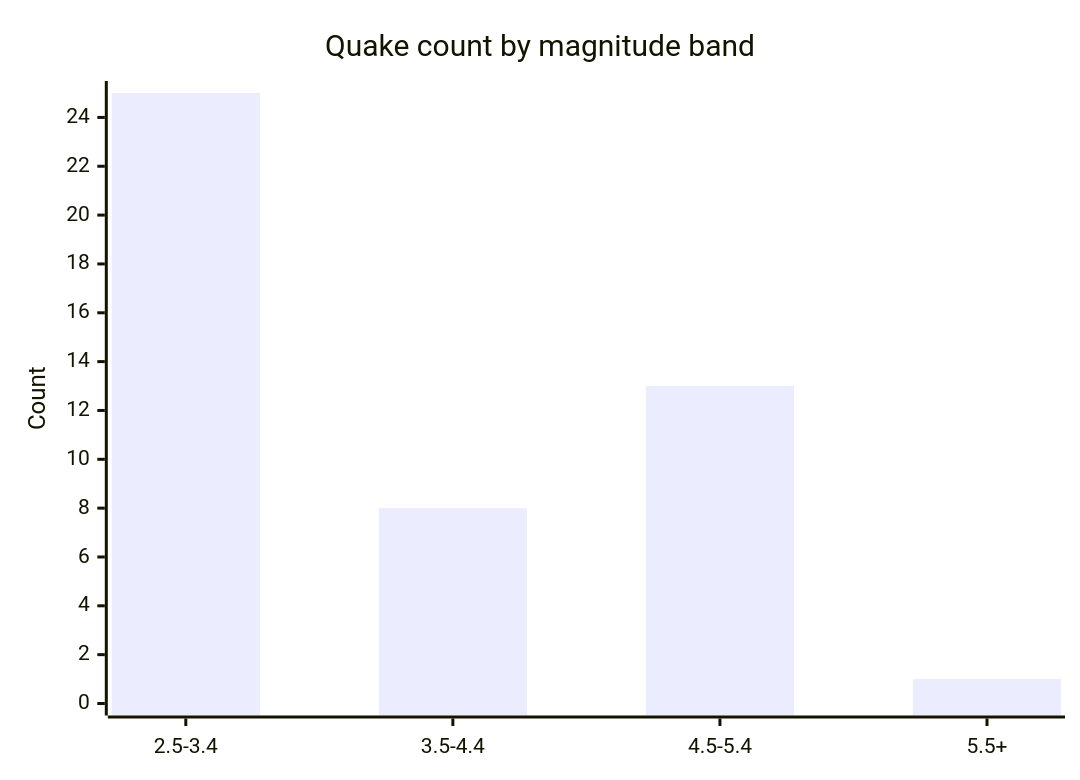
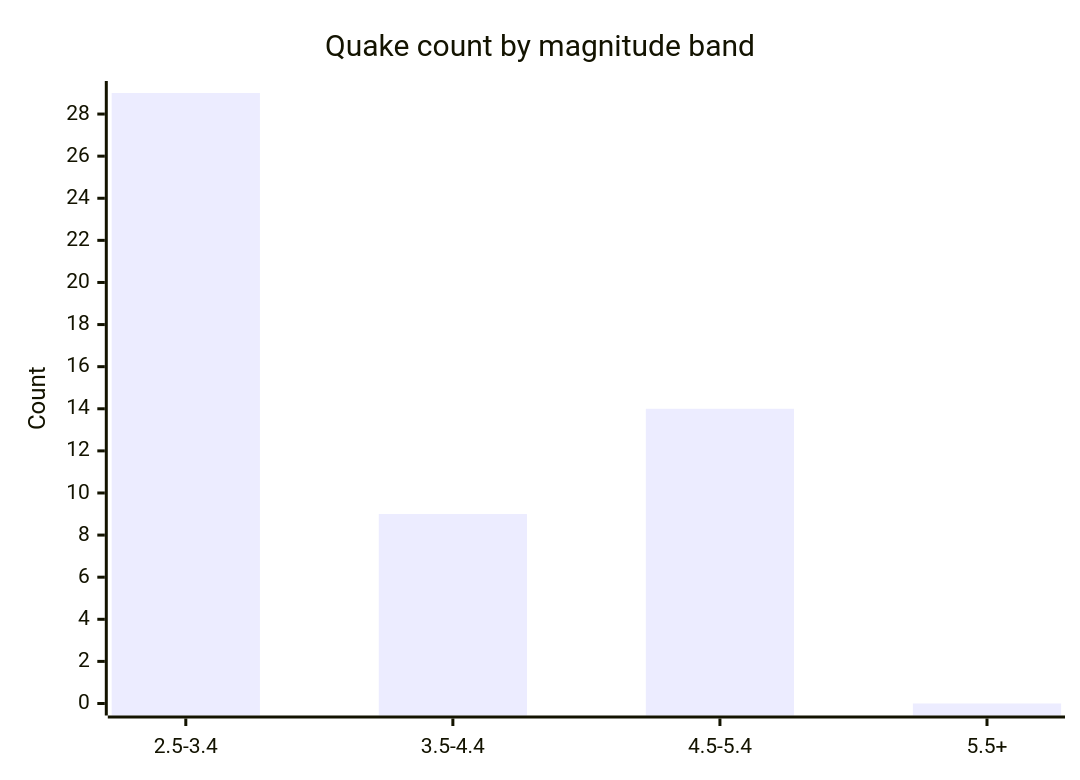
Before and after one commit to Midwest-Stratospheric/aerostratospheric-defense-gir: the fifth of 6 diagrams in docs/GRAPHS.md, drawn with Mermaid. The commit also changed other lines of this file and 23 other files, not shown here.

````diff
--- a/docs/GRAPHS.md
+++ b/docs/GRAPHS.md
@@ -82,7 +82,7 @@
 ```mermaid
 xychart-beta
   title "Quake count by magnitude band"
   x-axis ["2.5-3.4", "3.5-4.4", "4.5-5.4", "5.5+"]
-  y-axis "Count" 0 --> 25
-  bar [25, 8, 13, 1]
+  y-axis "Count" 0 --> 29
+  bar [29, 9, 14, 0]
 ```
````
